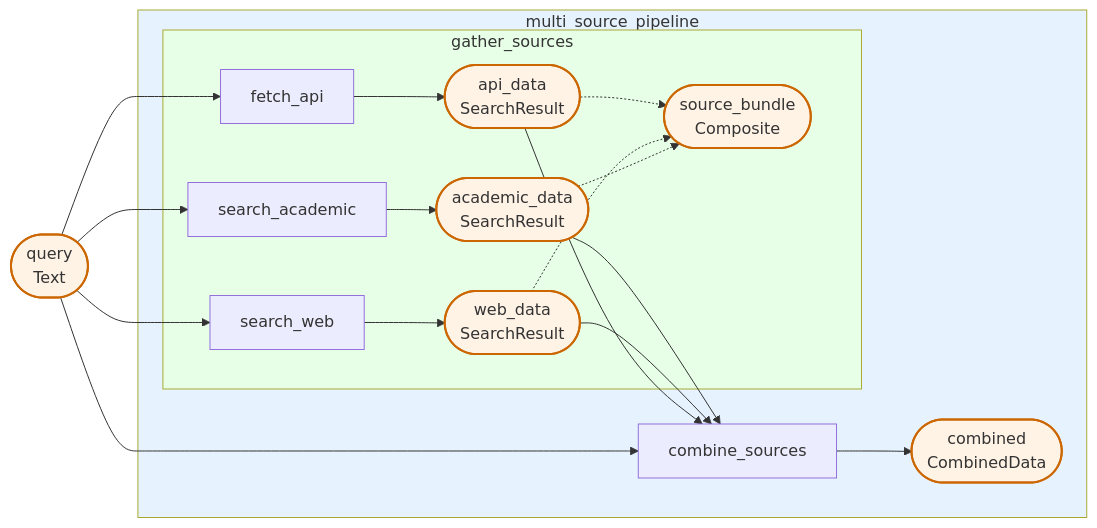
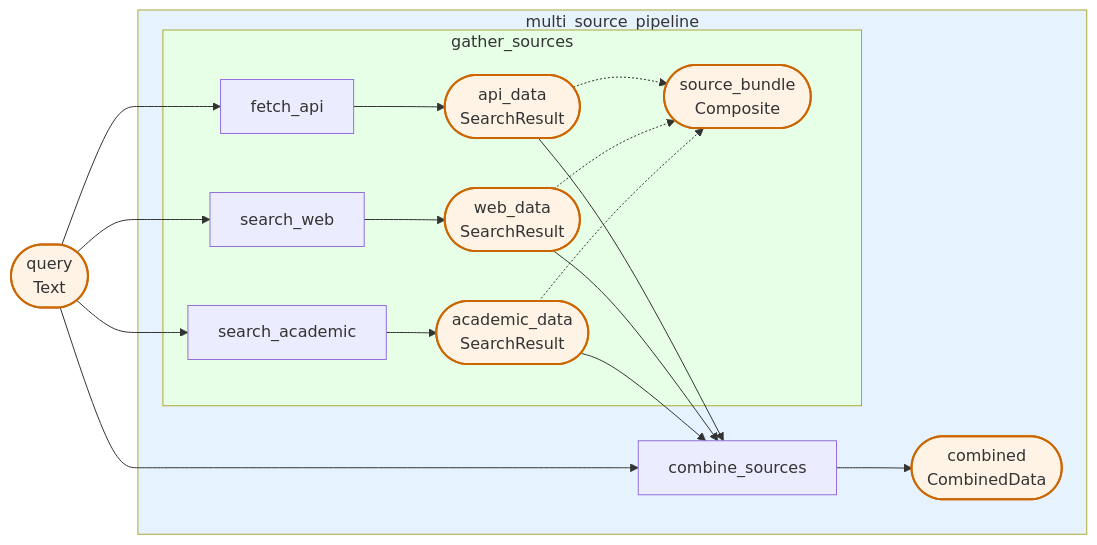
The diagram in data/pipelines/pipeline_21/dry_run_mermaidflow.mmd (Pipelex/mthds-ui), drawn with Mermaid before and after one commit. The commit also changed 189 other files, not shown here.

```diff
--- a/data/pipelines/pipeline_21/dry_run_mermaidflow.mmd
+++ b/data/pipelines/pipeline_21/dry_run_mermaidflow.mmd
@@ -1,46 +1,46 @@
 flowchart LR
 
     %% Pipe and stuff nodes within controller subgraphs
-    subgraph sg_n_560159d520["multi_source_pipeline"]
-        subgraph sg_n_9644122ad0["gather_sources"]
-            n_e0dd2ab32c["fetch_api"]
-            s_b5321fd37f(["api_data<br/>SearchResult"]):::stuff
-            n_cb0aab5b49["search_academic"]
-            s_ab442d9eb5(["academic_data<br/>SearchResult"]):::stuff
-            n_23142b8b28["search_web"]
-            s_99babbf779(["web_data<br/>SearchResult"]):::stuff
-            s_1f04335bc4(["source_bundle<br/>Composite"]):::stuff
+    subgraph sg_n_a630007dfe["multi_source_pipeline"]
+        subgraph sg_n_b04ab63cb3["gather_sources"]
+            n_a85ada61fd["fetch_api"]
+            s_50ead55717(["api_data<br/>SearchResult"]):::stuff
+            n_edaf81ec75["search_academic"]
+            s_9716aa6b1e(["academic_data<br/>SearchResult"]):::stuff
+            n_1ddbefa928["search_web"]
+            s_8d2d78342d(["web_data<br/>SearchResult"]):::stuff
+            s_500361a8af(["source_bundle<br/>Composite"]):::stuff
         end
-        n_6935d9f2ba["combine_sources"]
-        s_35ba893b49(["combined<br/>CombinedData"]):::stuff
+        n_23373df1c5["combine_sources"]
+        s_81b11ee9d8(["combined<br/>CombinedData"]):::stuff
     end
 
     %% Pipeline input stuff nodes (no producer)
-    s_20769aeb8a(["query<br/>Text"]):::stuff
+    s_dd73b3f076(["query<br/>Text"]):::stuff
 
     %% Data flow edges: producer -> stuff -> consumer
-    n_cb0aab5b49 --> s_ab442d9eb5
-    n_6935d9f2ba --> s_35ba893b49
-    n_23142b8b28 --> s_99babbf779
-    n_e0dd2ab32c --> s_b5321fd37f
-    s_ab442d9eb5 --> n_6935d9f2ba
-    s_99babbf779 --> n_6935d9f2ba
-    s_20769aeb8a --> n_e0dd2ab32c
-    s_20769aeb8a --> n_23142b8b28
-    s_20769aeb8a --> n_cb0aab5b49
-    s_20769aeb8a --> n_6935d9f2ba
-    s_b5321fd37f --> n_6935d9f2ba
+    n_a85ada61fd --> s_50ead55717
+    n_1ddbefa928 --> s_8d2d78342d
+    n_23373df1c5 --> s_81b11ee9d8
+    n_edaf81ec75 --> s_9716aa6b1e
+    s_50ead55717 --> n_23373df1c5
+    s_8d2d78342d --> n_23373df1c5
+    s_dd73b3f076 --> n_a85ada61fd
+    s_dd73b3f076 --> n_1ddbefa928
+    s_dd73b3f076 --> n_edaf81ec75
+    s_dd73b3f076 --> n_23373df1c5
+    s_9716aa6b1e --> n_23373df1c5
 
     %% Parallel combine edges: branch outputs → combined output
-    s_b5321fd37f -.-> s_1f04335bc4
-    s_99babbf779 -.-> s_1f04335bc4
-    s_ab442d9eb5 -.-> s_1f04335bc4
+    s_50ead55717 -.-> s_500361a8af
+    s_8d2d78342d -.-> s_500361a8af
+    s_9716aa6b1e -.-> s_500361a8af
 
     %% Style definitions
     classDef failed fill:#ffcccc,stroke:#cc0000
     classDef stuff fill:#fff3e6,stroke:#cc6600,stroke-width:2px
     classDef controller fill:#e6f3ff,stroke:#0066cc
 
     %% Subgraph depth-based coloring
-    style sg_n_560159d520 fill:#e6f3ff
-    style sg_n_9644122ad0 fill:#e6ffe6
+    style sg_n_a630007dfe fill:#e6f3ff
+    style sg_n_b04ab63cb3 fill:#e6ffe6
```
